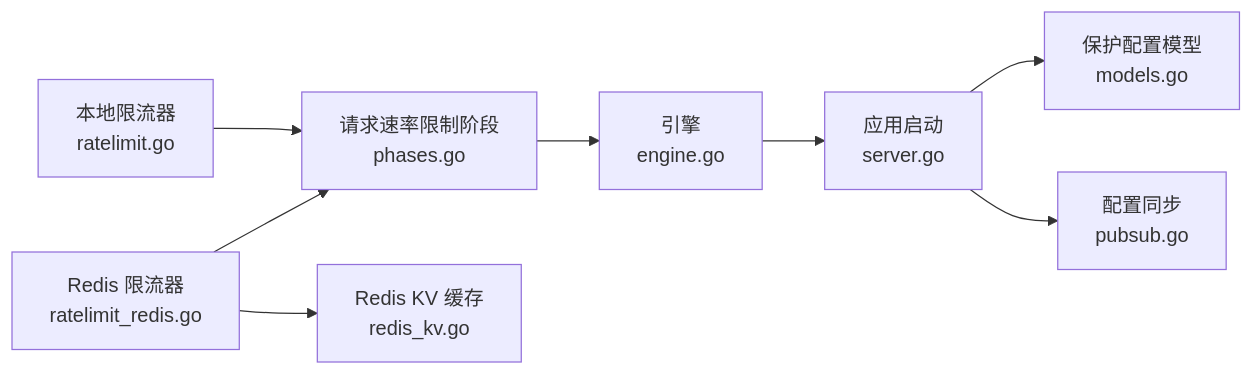
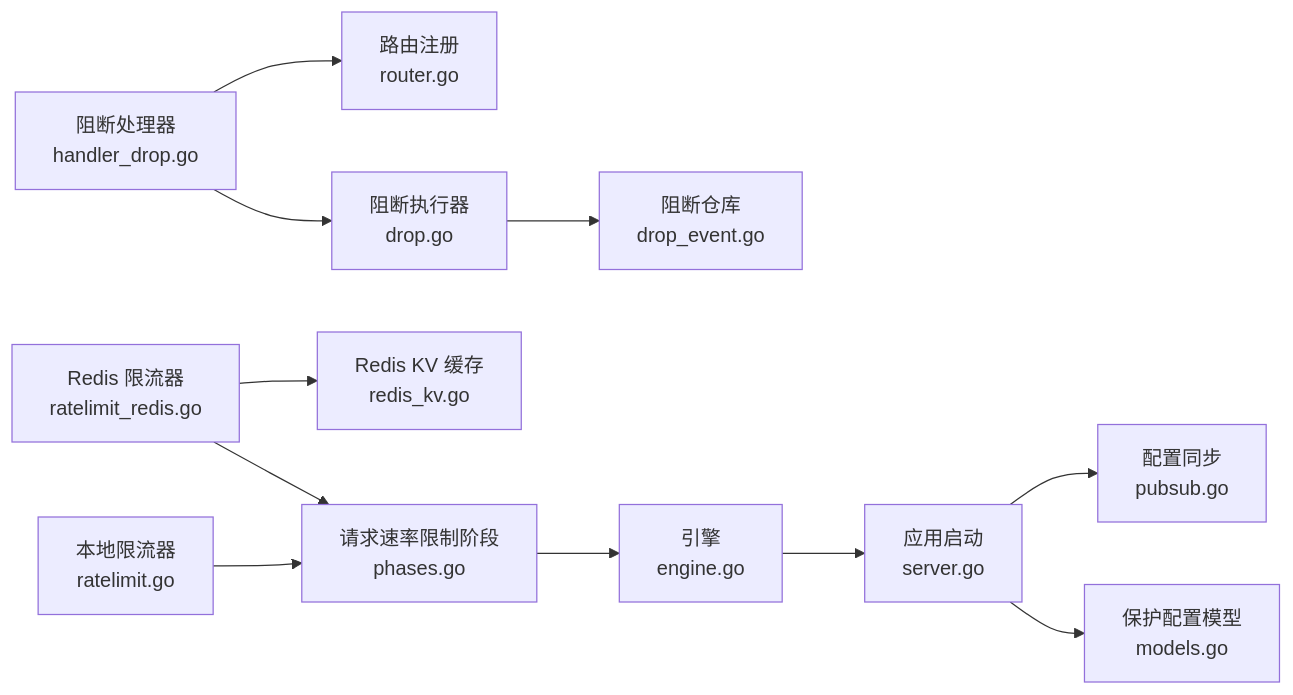
One commit to x01n/My-OpenWaf changed the tenth of 10 diagrams in docs/安全防护功能/速率限制机制/速率限制机制.md. Above: the diagram before and after it, drawn with Mermaid. The commit also changed other lines of this file and 51 other files, not shown here.

````diff
--- a/docs/安全防护功能/速率限制机制/速率限制机制.md
+++ b/docs/安全防护功能/速率限制机制/速率限制机制.md
@@ -300,10 +457,13 @@
 ```mermaid
 graph LR
 RL_LOCAL["本地限流器<br/>ratelimit.go"] --> PH["请求速率限制阶段<br/>phases.go"]
 RL_REDIS["Redis 限流器<br/>ratelimit_redis.go"] --> PH
+DROP_EXEC["阻断执行器<br/>drop.go"] --> DROP_REPO["阻断仓库<br/>drop_event.go"]
+DROP_HANDLER["阻断处理器<br/>handler_drop.go"] --> DROP_EXEC
 PH --> ENG["引擎<br/>engine.go"]
 ENG --> APP["应用启动<br/>server.go"]
 APP --> CFG["保护配置模型<br/>models.go"]
 APP --> PUBSUB["配置同步<br/>pubsub.go"]
 RL_REDIS --> KV["Redis KV 缓存<br/>redis_kv.go"]
+DROP_HANDLER --> ROUTER["路由注册<br/>router.go"]
 ```
````
